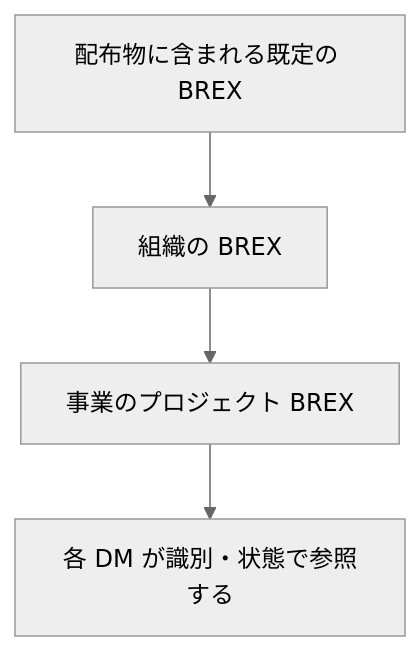
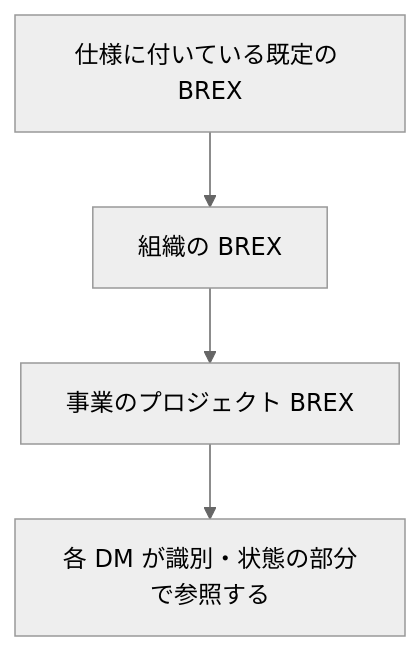
Before and after one commit to shuji-bonji/zenn-articles: the second of 2 diagrams in books/ietm-overview/data-modules.md, drawn with Mermaid (neutral theme). The commit also changed other lines of this file, not shown here.

````diff
--- a/books/ietm-overview/data-modules.md
+++ b/books/ietm-overview/data-modules.md
@@ -98,6 +129,6 @@
 ```mermaid
 flowchart TB
-  D["配布物に含まれる既定の BREX"] --> O["組織の BREX"]
+  D["仕様に付いている既定の BREX"] --> O["組織の BREX"]
   O --> P["事業のプロジェクト BREX"]
-  P --> R["各 DM が識別・状態で参照する"]
+  P --> R["各 DM が識別・状態の部分で参照する"]
 ```
````
